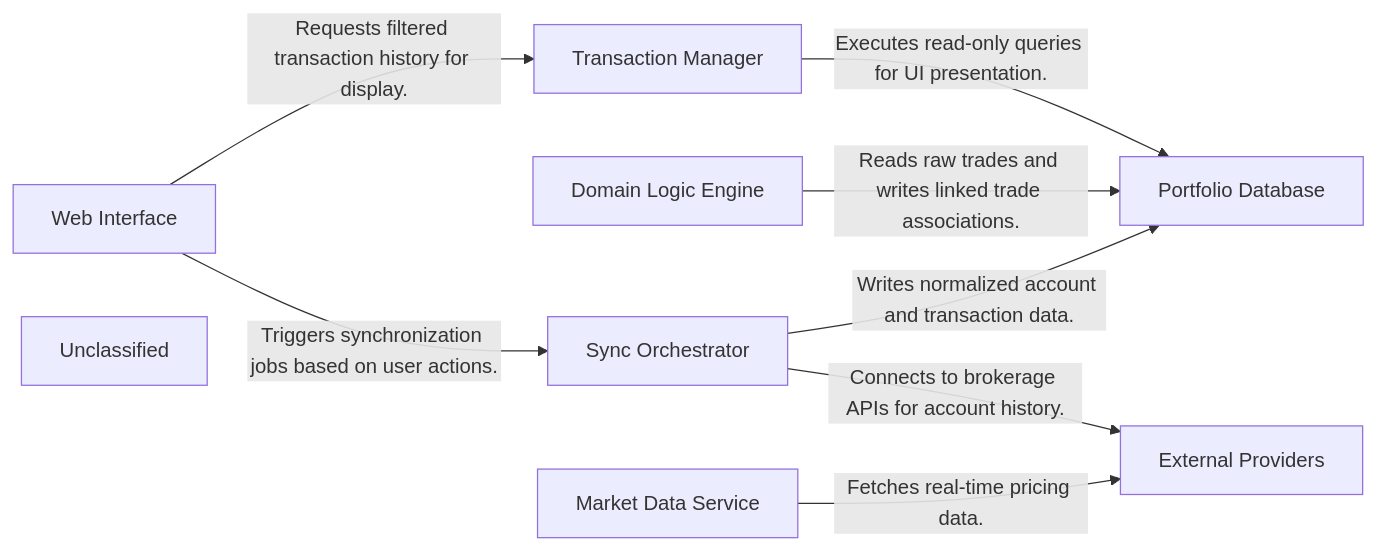
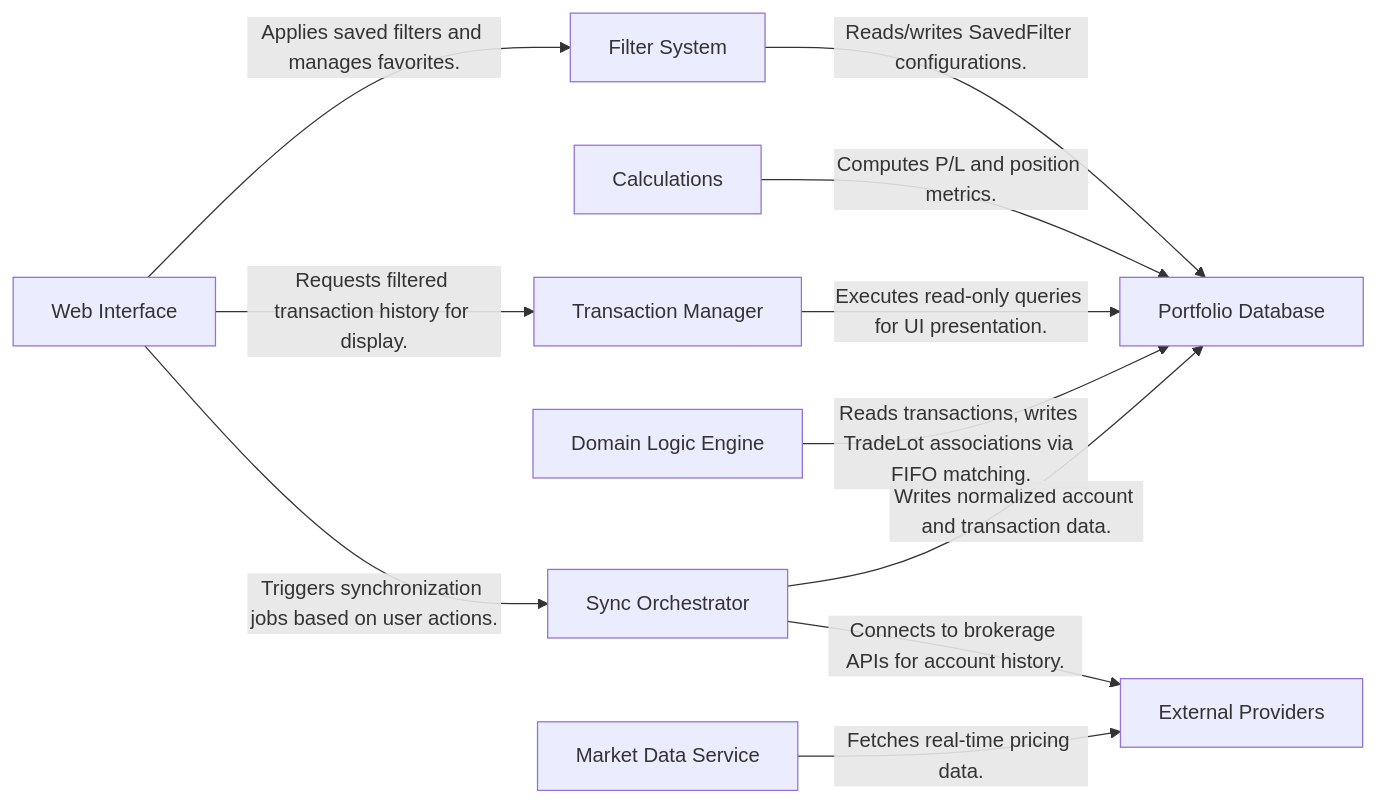
Before and after one commit to Collint25/PortfolioTracker: the diagram in docs/onboarding.md, drawn with Mermaid. The commit also changed other lines of this file and 12 other files, not shown here.

First line of the commit message:
docs: clean up and update architecture documentation

````diff
--- a/docs/onboarding.md
+++ b/docs/onboarding.md
@@ -1,18 +1,22 @@
 ```mermaid
 graph LR
     Web_Interface["Web Interface"]
     Sync_Orchestrator["Sync Orchestrator"]
     Domain_Logic_Engine["Domain Logic Engine"]
     Transaction_Manager["Transaction Manager"]
+    Filter_System["Filter System"]
+    Calculations["Calculations"]
     Market_Data_Service["Market Data Service"]
     Portfolio_Database["Portfolio Database"]
     External_Providers["External Providers"]
-    Unclassified["Unclassified"]
     Web_Interface -- "Triggers synchronization jobs based on user actions." --> Sync_Orchestrator
     Web_Interface -- "Requests filtered transaction history for display." --> Transaction_Manager
+    Web_Interface -- "Applies saved filters and manages favorites." --> Filter_System
     Sync_Orchestrator -- "Writes normalized account and transaction data." --> Portfolio_Database
-    Domain_Logic_Engine -- "Reads raw trades and writes linked trade associations." --> Portfolio_Database
+    Domain_Logic_Engine -- "Reads transactions, writes TradeLot associations via FIFO matching." --> Portfolio_Database
     Market_Data_Service -- "Fetches real-time pricing data." --> External_Providers
     Sync_Orchestrator -- "Connects to brokerage APIs for account history." --> External_Providers
     Transaction_Manager -- "Executes read-only queries for UI presentation." --> Portfolio_Database
+    Calculations -- "Computes P/L and position metrics." --> Portfolio_Database
+    Filter_System -- "Reads/writes SavedFilter configurations." --> Portfolio_Database
 ```
````
